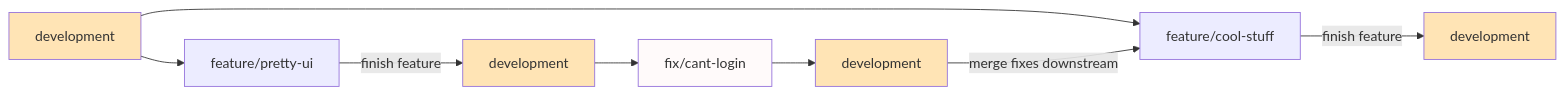
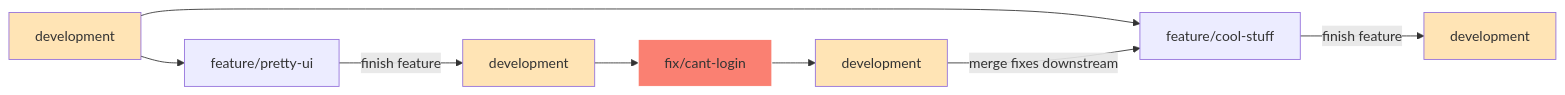
Before and after one commit to hasparus/software-engineering-class: the diagram in testy/plan_zarządzania_jakością_produktu.md, drawn with Mermaid. The commit also changed other lines of this file, not shown here.

Commit message:
Uploaded by https://stackedit.io/

````diff
--- a/testy/plan_zarządzania_jakością_produktu.md
+++ b/testy/plan_zarządzania_jakością_produktu.md
@@ -21,14 +21,14 @@
 ```mermaid
 graph LR;
 	d#1[development]-->feature/cool-stuff;
 	d#1[development]-->feature/pretty-ui;
 	feature/pretty-ui--finish feature-->d#2[development];
 	d#3[development]--merge fixes downstream-->feature/cool-stuff;
 	fix/cant-login-->d#3[development]
 	d#2[development]-->fix/cant-login;
 	feature/cool-stuff--finish feature-->d#4[development];
 	
 	style d#1 fill: moccasin; 	style d#2 fill: moccasin;
 	style d#3 fill: moccasin; 	style d#4 fill: moccasin;
-	style fix/cant-login fill: snow;
+	style fix/cant-login fill: salmon, stroke: white;
 ```
````
